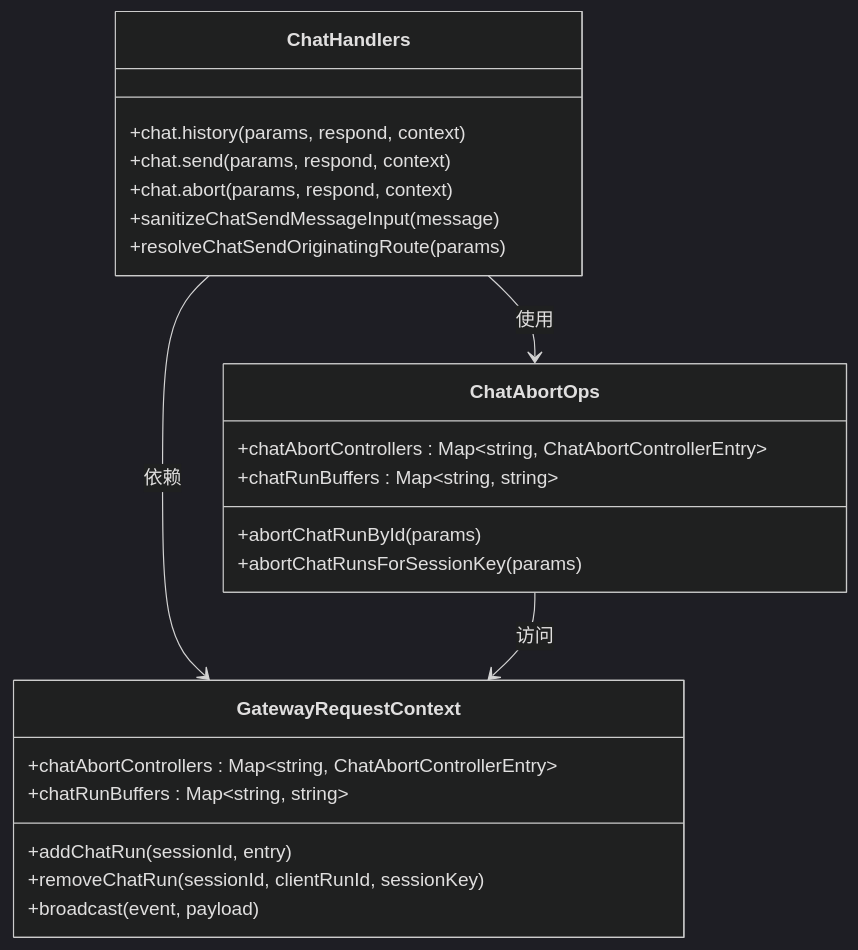
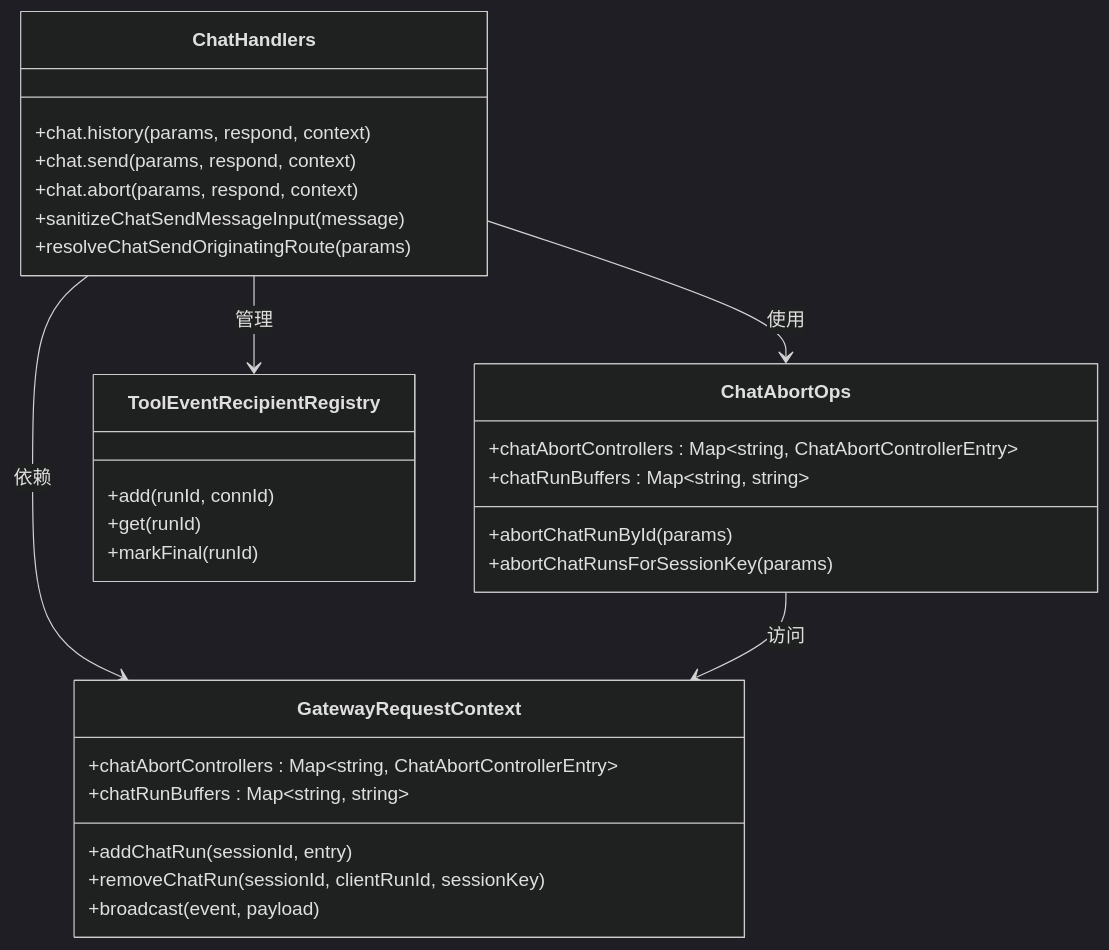
The fourth of 15 diagrams in .qoder/repowiki/zh/content/Web界面/WebChat界面/聊天运行时提供者增强.md (verse-ai-org/openclaw), drawn with Mermaid (dark theme) before and after one commit. The commit also changed other lines of this file and 23 other files, not shown here.

````diff
--- a/.qoder/repowiki/zh/content/Web界面/WebChat界面/聊天运行时提供者增强.md
+++ b/.qoder/repowiki/zh/content/Web界面/WebChat界面/聊天运行时提供者增强.md
@@ -197,26 +240,32 @@
 ```mermaid
 classDiagram
 class ChatHandlers {
 +chat.history(params, respond, context)
 +chat.send(params, respond, context)
 +chat.abort(params, respond, context)
 +sanitizeChatSendMessageInput(message)
 +resolveChatSendOriginatingRoute(params)
 }
 class ChatAbortOps {
 +chatAbortControllers : Map~string, ChatAbortControllerEntry~
 +chatRunBuffers : Map~string, string~
 +abortChatRunById(params)
 +abortChatRunsForSessionKey(params)
 }
 class GatewayRequestContext {
 +chatAbortControllers : Map~string, ChatAbortControllerEntry~
 +chatRunBuffers : Map~string, string~
 +addChatRun(sessionId, entry)
 +removeChatRun(sessionId, clientRunId, sessionKey)
 +broadcast(event, payload)
 }
+class ToolEventRecipientRegistry {
++add(runId, connId)
++get(runId)
++markFinal(runId)
+}
 ChatHandlers --> ChatAbortOps : 使用
 ChatHandlers --> GatewayRequestContext : 依赖
+ChatHandlers --> ToolEventRecipientRegistry : 管理
 ChatAbortOps --> GatewayRequestContext : 访问
 ```
````
